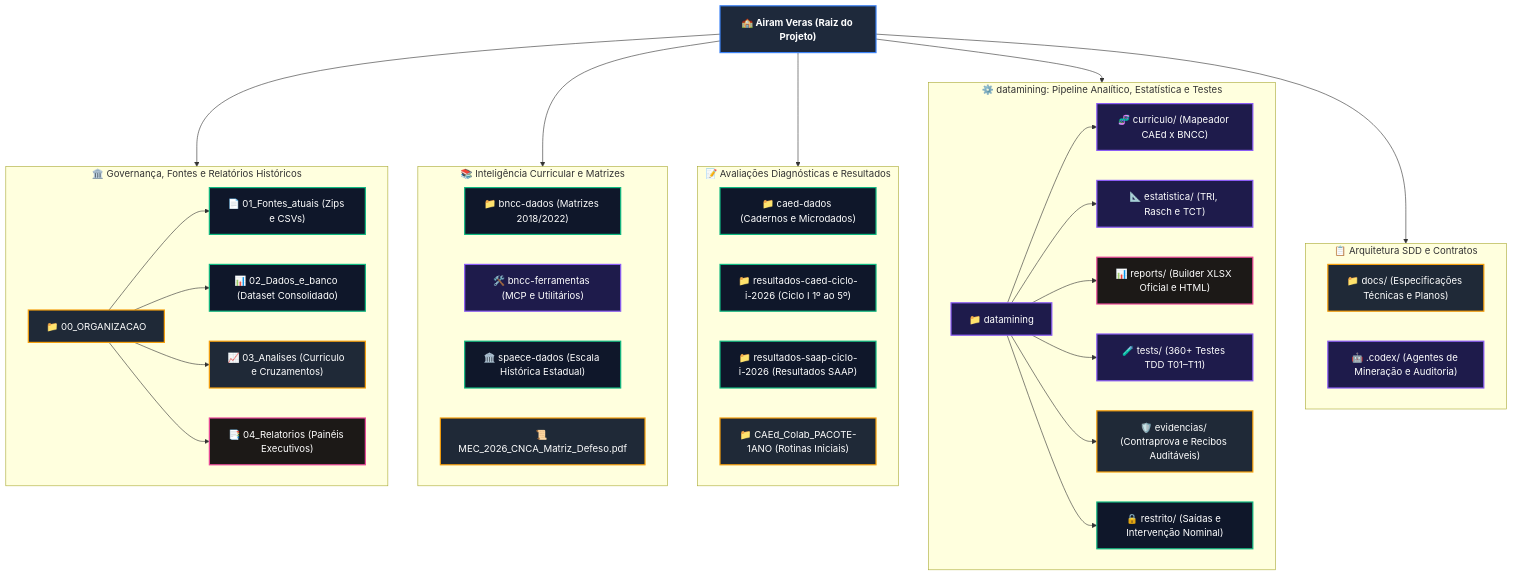
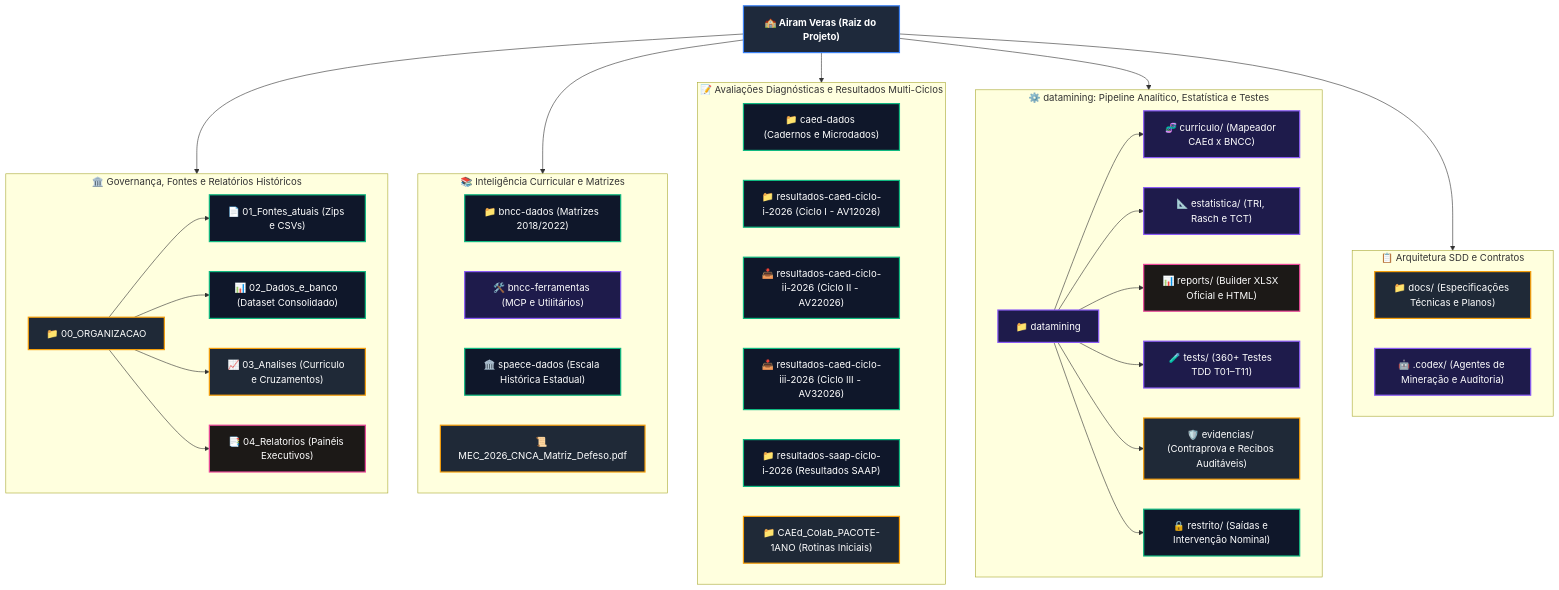
The first of 8 diagrams in README.md (MarceloClaro/AiramVeras), drawn with Mermaid before and after one commit. The commit also changed other lines of this file and 16 other files, not shown here.

First line of the commit message:
feat(longitudinal): implementa modulo multi-ciclos (I, II e III), matriz de Markov e clusters especializados

````diff
--- a/README.md
+++ b/README.md
@@ -11,75 +11,79 @@
 ```mermaid
 graph TD
     %% Estilos e Classes
     classDef rootBox fill:#1e293b,stroke:#3b82f6,stroke-width:2px,color:#ffffff,font-weight:bold;
     classDef dataBox fill:#0f172a,stroke:#10b981,stroke-width:2px,color:#ffffff;
     classDef pipelineBox fill:#1e1b4b,stroke:#8b5cf6,stroke-width:2px,color:#ffffff;
     classDef docBox fill:#1f2937,stroke:#f59e0b,stroke-width:2px,color:#ffffff;
     classDef reportBox fill:#1c1917,stroke:#ec4899,stroke-width:2px,color:#ffffff;
 
     AIRAM["🏫 Airam Veras (Raiz do Projeto)"]:::rootBox
 
     subgraph SEC_GOV ["🏛️ Governança, Fontes e Relatórios Históricos"]
         ORG["📁 00_ORGANIZACAO"]:::docBox
         ORG_FONTES["📄 01_Fontes_atuais (Zips e CSVs)"]:::dataBox
         ORG_BANCO["📊 02_Dados_e_banco (Dataset Consolidado)"]:::dataBox
         ORG_ANALISE["📈 03_Analises (Curriculo e Cruzamentos)"]:::docBox
         ORG_RELAT["📑 04_Relatorios (Painéis Executivos)"]:::reportBox
         ORG --> ORG_FONTES & ORG_BANCO & ORG_ANALISE & ORG_RELAT
     end
 
     subgraph SEC_CURR ["📚 Inteligência Curricular e Matrizes"]
         BNCC_DADOS["📁 bncc-dados (Matrizes 2018/2022)"]:::dataBox
         BNCC_TOOLS["🛠️ bncc-ferramentas (MCP e Utilitários)"]:::pipelineBox
         SPAECE["🏛️ spaece-dados (Escala Histórica Estadual)"]:::dataBox
         PDF_MEC["📜 MEC_2026_CNCA_Matriz_Defeso.pdf"]:::docBox
     end
 
-    subgraph SEC_EVAL ["📝 Avaliações Diagnósticas e Resultados"]
+    subgraph SEC_EVAL ["📝 Avaliações Diagnósticas e Resultados Multi-Ciclos"]
         CAED_RAW["📁 caed-dados (Cadernos e Microdados)"]:::dataBox
-        RES_CAED["📁 resultados-caed-ciclo-i-2026 (Ciclo I 1º ao 5º)"]:::dataBox
+        RES_CAED["📁 resultados-caed-ciclo-i-2026 (Ciclo I - AV12026)"]:::dataBox
+        RES_CAED_2["📥 resultados-caed-ciclo-ii-2026 (Ciclo II - AV22026)"]:::dataBox
+        RES_CAED_3["📥 resultados-caed-ciclo-iii-2026 (Ciclo III - AV32026)"]:::dataBox
         RES_SAAP["📁 resultados-saap-ciclo-i-2026 (Resultados SAAP)"]:::dataBox
         COLAB_1ANO["📁 CAEd_Colab_PACOTE-1ANO (Rotinas Iniciais)"]:::docBox
     end
 
     subgraph SEC_ENGINE ["⚙️ datamining: Pipeline Analítico, Estatística e Testes"]
         DM_ROOT["📁 datamining"]:::pipelineBox
         DM_CURR["🧬 curriculo/ (Mapeador CAEd x BNCC)"]:::pipelineBox
         DM_STATS["📐 estatistica/ (TRI, Rasch e TCT)"]:::pipelineBox
         DM_REPORTS["📊 reports/ (Builder XLSX Oficial e HTML)"]:::reportBox
         DM_TESTS["🧪 tests/ (360+ Testes TDD T01–T11)"]:::pipelineBox
         DM_EVID["🛡️ evidencias/ (Contraprova e Recibos Auditáveis)"]:::docBox
         DM_REST["🔒 restrito/ (Saídas e Intervenção Nominal)"]:::dataBox
         DM_ROOT --> DM_CURR & DM_STATS & DM_REPORTS & DM_TESTS & DM_EVID & DM_REST
     end
 
     subgraph SEC_SPEC ["📋 Arquitetura SDD e Contratos"]
         DOCS["📁 docs/ (Especificações Técnicas e Planos)"]:::docBox
         CODEX["🤖 .codex/ (Agentes de Mineração e Auditoria)"]:::pipelineBox
     end
 
     AIRAM --> SEC_GOV
     AIRAM --> SEC_CURR
     AIRAM --> SEC_EVAL
     AIRAM --> SEC_ENGINE
     AIRAM --> SEC_SPEC
 
     %% Links Navegáveis (Clique para abrir)
     click ORG href "00_ORGANIZACAO" "Explorar pasta 00_ORGANIZACAO"
     click BNCC_DADOS href "bncc-dados" "Explorar matrizes e schemas BNCC"
     click BNCC_TOOLS href "bncc-ferramentas" "Explorar ferramentas e MCP da BNCC"
     click CAED_RAW href "caed-dados" "Inspecionar microdados e cadernos CAEd"
     click RES_CAED href "resultados-caed-ciclo-i-2026" "Ver resultados do Ciclo I CAEd"
+    click RES_CAED_2 href "resultados-caed-ciclo-ii-2026" "Portal de Ingestão do Ciclo II CAEd"
+    click RES_CAED_3 href "resultados-caed-ciclo-iii-2026" "Portal de Ingestão do Ciclo III CAEd"
     click RES_SAAP href "resultados-saap-ciclo-i-2026" "Ver resultados SAAP"
     click SPAECE href "spaece-dados" "Ver histórico e descritores do SPAECE"
     click DM_ROOT href "datamining" "Explorar código do pipeline datamining"
     click DM_CURR href "datamining/curriculo" "Ver rotinas de alinhamento curricular"
     click DM_STATS href "datamining/estatistica" "Ver modelos psicométricos e de cluster"
     click DM_REPORTS href "datamining/reports" "Ver templates e builder XLSX"
     click DM_TESTS href "datamining/tests" "Ver suíte de testes automatizados"
     click DM_EVID href "datamining/evidencias" "Ver recibos e contraprovas auditáveis"
     click DM_REST href "datamining/restrito" "Ver camada de intervenção restrita"
     click DOCS href "docs" "Ver documentação técnica e contratos SDD/TDD"
     click CODEX href ".codex" "Ver especificações dos agentes"
     click PDF_MEC href "MEC_2026_CNCA_Av_Cont_Apren_Matriz_Ref_Defeso.pdf" "Abrir PDF da Matriz MEC/CNCA"
 ```
````
